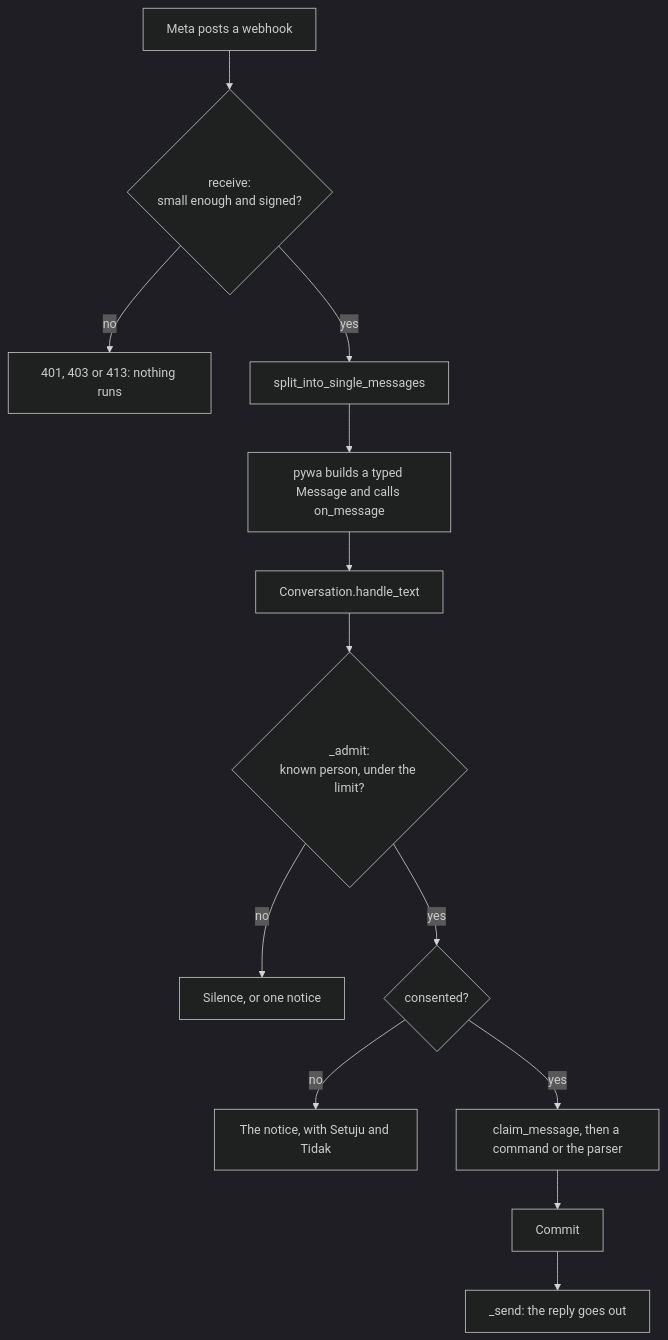
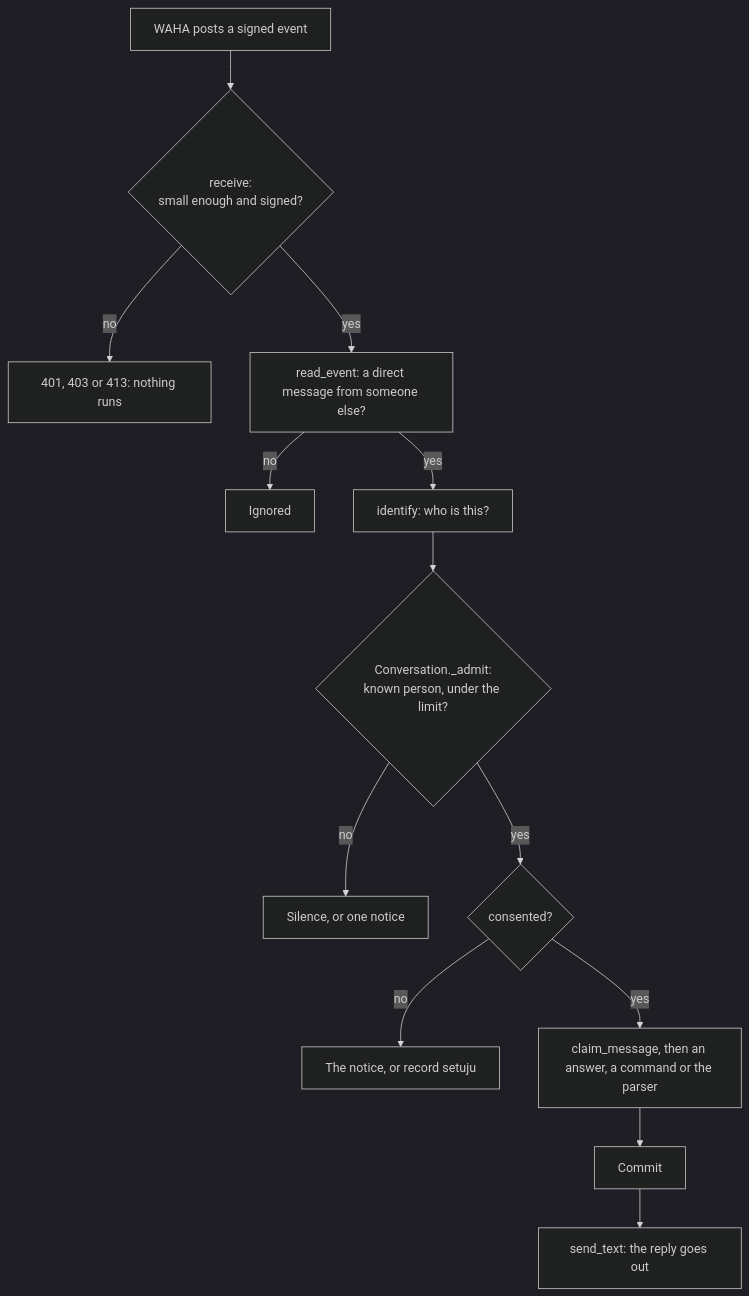
The first of 3 diagrams in docs/guide.md (NabilRobert/financed-the-tracker), drawn with Mermaid (dark theme) before and after one commit. The commit also changed other lines of this file and 3 other files, not shown here.

````diff
--- a/docs/guide.md
+++ b/docs/guide.md
@@ -11,15 +12,15 @@
 ```mermaid
 flowchart TD
-    M["Meta posts a webhook"] --> S{"receive:<br/>small enough and signed?"}
+    M["WAHA posts a signed event"] --> S{"receive:<br/>small enough and signed?"}
     S -->|no| R["401, 403 or 413: nothing runs"]
-    S -->|yes| P["split_into_single_messages"]
-    P --> H["pywa builds a typed Message and calls on_message"]
-    H --> C["Conversation.handle_text"]
-    C --> A{"_admit:<br/>known person, under the limit?"}
+    S -->|yes| P["read_event: a direct message from someone else?"]
+    P -->|no| I["Ignored"]
+    P -->|yes| D["identify: who is this?"]
+    D --> A{"Conversation._admit:<br/>known person, under the limit?"}
     A -->|no| Q["Silence, or one notice"]
     A -->|yes| N{"consented?"}
-    N -->|no| O["The notice, with Setuju and Tidak"]
-    N -->|yes| W["claim_message, then a command or the parser"]
+    N -->|no| O["The notice, or record setuju"]
+    N -->|yes| W["claim_message, then an answer, a command or the parser"]
     W --> T["Commit"]
-    T --> B["_send: the reply goes out"]
+    T --> B["send_text: the reply goes out"]
 ```
````
